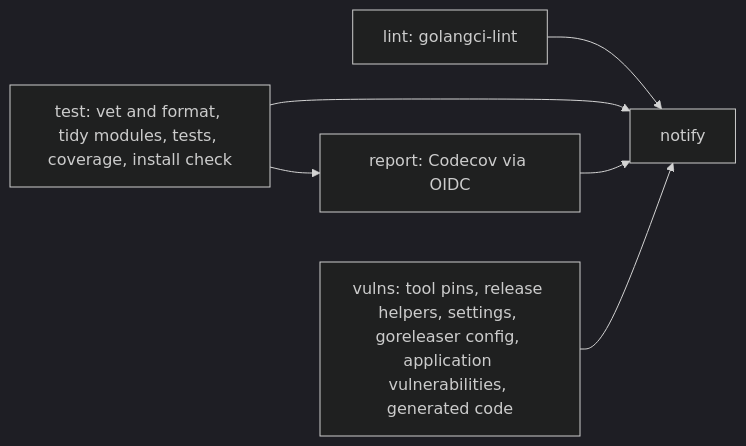
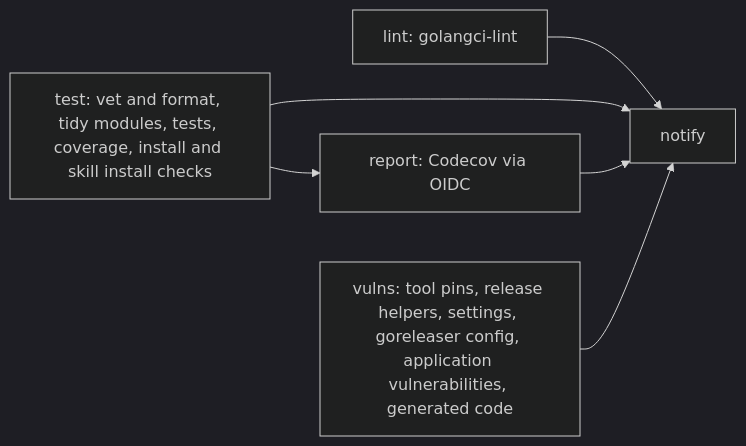
The second of 10 diagrams in .github/workflows/README.md (octomation/maintainer), drawn with Mermaid (dark theme) before and after one commit. The commit also changed other lines of this file and 43 other files, not shown here.

````diff
--- a/.github/workflows/README.md
+++ b/.github/workflows/README.md
@@ -82,7 +83,7 @@
 ```mermaid
 flowchart LR
   lint[lint: golangci-lint]
-  test[test: vet and format, tidy modules, tests, coverage, install check] --> report[report: Codecov via OIDC]
+  test[test: vet and format, tidy modules, tests, coverage, install and skill install checks] --> report[report: Codecov via OIDC]
   vulns[vulns: tool pins, release helpers, settings, goreleaser config, application vulnerabilities, generated code]
   lint & test & report & vulns --> notify[notify]
 ```
````
